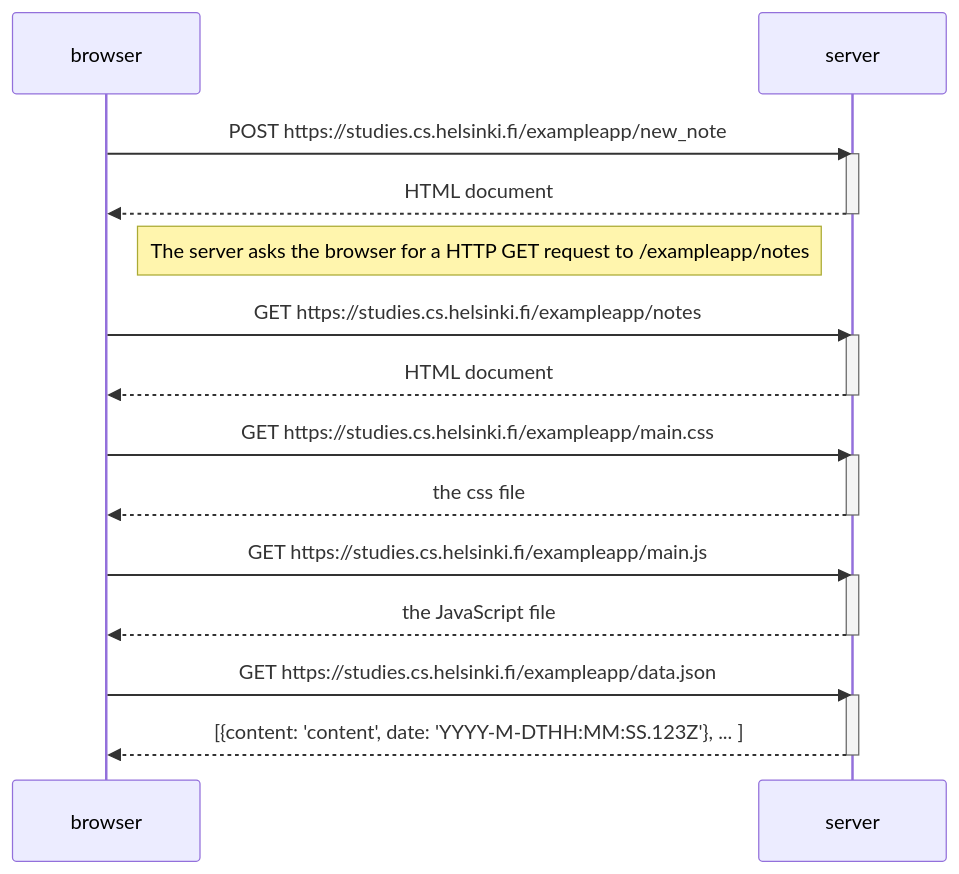
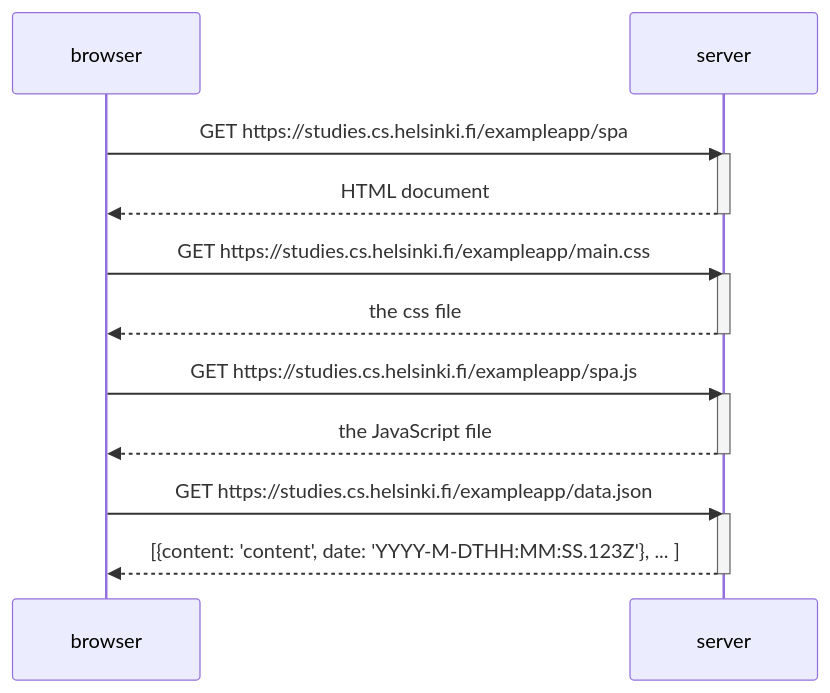
Before and after one commit to kllelndhlm/FullStackOpen: the diagram in 0/pt0ex5.md, drawn with Mermaid. The commit also changed other lines of this file, not shown here.

Commit message:
Update pt0ex5.md
Update pt0ex5

````diff
--- a/0/pt0ex5.md
+++ b/0/pt0ex5.md
@@ -4,33 +3,25 @@
 ```mermaid
 sequenceDiagram
     participant browser
     participant server
 
-    browser->>server: POST https://studies.cs.helsinki.fi/exampleapp/new_note
-    activate server
-    server-->>browser: HTML document
-
-    deactivate server
-
-    Note right of browser: The server asks the browser for a HTTP GET request to /exampleapp/notes
-
-    browser->>server: GET https://studies.cs.helsinki.fi/exampleapp/notes
+    browser->>server: GET https://studies.cs.helsinki.fi/exampleapp/spa
     activate server
     server-->>browser: HTML document
     deactivate server
 
     browser->>server: GET https://studies.cs.helsinki.fi/exampleapp/main.css
     activate server
     server-->>browser: the css file
     deactivate server
 
-    browser->>server: GET https://studies.cs.helsinki.fi/exampleapp/main.js
+    browser->>server: GET https://studies.cs.helsinki.fi/exampleapp/spa.js
     activate server
     server-->>browser: the JavaScript file
     deactivate server
 
     browser->>server: GET https://studies.cs.helsinki.fi/exampleapp/data.json
     activate server
     server-->>browser: [{content: 'content', date: 'YYYY-M-DTHH:MM:SS.123Z'}, ... ]
     deactivate server
 ```
````
